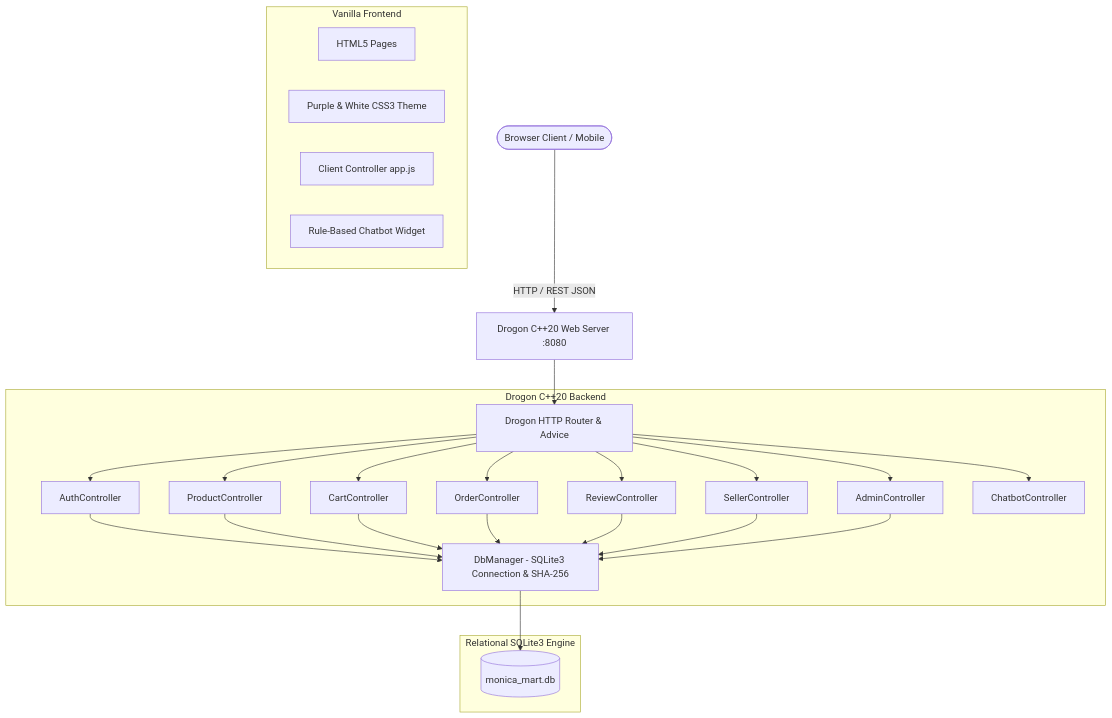
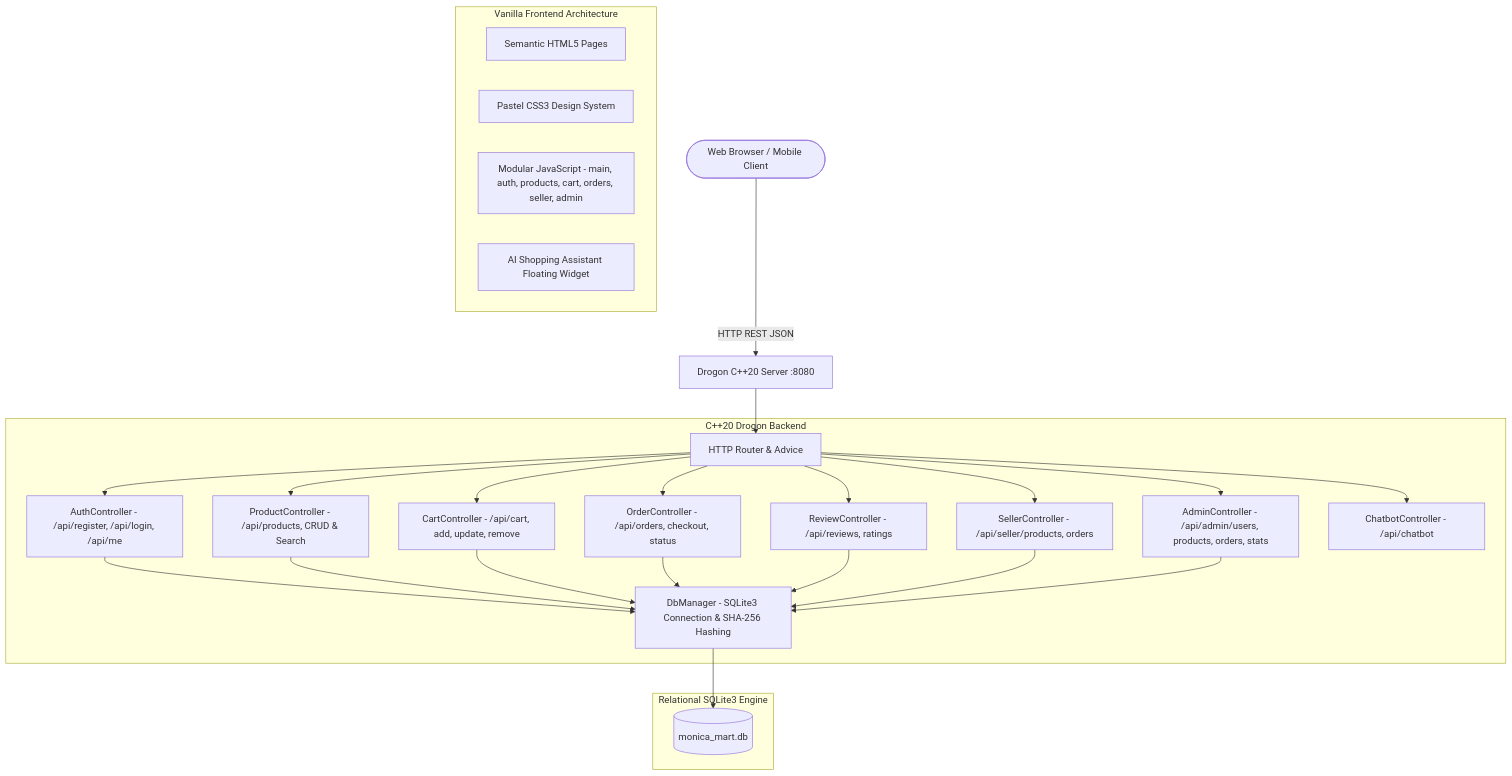
Before and after one commit to MonicaSornam/monica-mart: the diagram in README.md, drawn with Mermaid. The commit also changed other lines of this file and 27 other files, not shown here.

````diff
--- a/README.md
+++ b/README.md
@@ -27,48 +61,48 @@
 ```mermaid
 graph TD
-    User([Browser Client / Mobile]) -->|HTTP / REST JSON| WebServer[Drogon C++20 Web Server :8080]
+    Client([Web Browser / Mobile Client]) -->|HTTP REST JSON| WebServer[Drogon C++20 Server :8080]
     
-    subgraph Frontend [Vanilla Frontend]
-        HTML[HTML5 Pages]
-        CSS[Purple & White CSS3 Theme]
-        JS[Client Controller app.js]
-        Chatbot[Rule-Based Chatbot Widget]
+    subgraph Frontend [Vanilla Frontend Architecture]
+        HTML[Semantic HTML5 Pages]
+        CSS[Pastel CSS3 Design System]
+        JS[Modular JavaScript - main, auth, products, cart, orders, seller, admin]
+        Chatbot[AI Shopping Assistant Floating Widget]
     end
 
-    subgraph Backend [Drogon C++20 Backend]
-        Router[Drogon HTTP Router & Advice]
-        AuthCtrl[AuthController]
-        ProdCtrl[ProductController]
-        CartCtrl[CartController]
-        OrdCtrl[OrderController]
-        RevCtrl[ReviewController]
-        SellCtrl[SellerController]
-        AdminCtrl[AdminController]
-        ChatCtrl[ChatbotController]
-        DbMgr[DbManager - SQLite3 Connection & SHA-256]
+    subgraph Backend [C++20 Drogon Backend]
+        Router[HTTP Router & Advice]
+        AuthCtrl[AuthController - /api/register, /api/login, /api/me]
+        ProdCtrl[ProductController - /api/products, CRUD & Search]
+        CartCtrl[CartController - /api/cart, add, update, remove]
+        OrdCtrl[OrderController - /api/orders, checkout, status]
+        RevCtrl[ReviewController - /api/reviews, ratings]
+        SellCtrl[SellerController - /api/seller/products, orders]
+        AdminCtrl[AdminController - /api/admin/users, products, orders, stats]
+        ChatCtrl[ChatbotController - /api/chatbot]
+        DbMgr[DbManager - SQLite3 Connection & SHA-256 Hashing]
     end
 
     subgraph Database [Relational SQLite3 Engine]
         DB[(monica_mart.db)]
     end
 
     WebServer --> Router
     Router --> AuthCtrl
     Router --> ProdCtrl
     Router --> CartCtrl
     Router --> OrdCtrl
     Router --> RevCtrl
     Router --> SellCtrl
     Router --> AdminCtrl
     Router --> ChatCtrl
 
     AuthCtrl --> DbMgr
     ProdCtrl --> DbMgr
     CartCtrl --> DbMgr
     OrdCtrl --> DbMgr
     RevCtrl --> DbMgr
     SellCtrl --> DbMgr
     AdminCtrl --> DbMgr
 
     DbMgr --> DB
 ```
````
